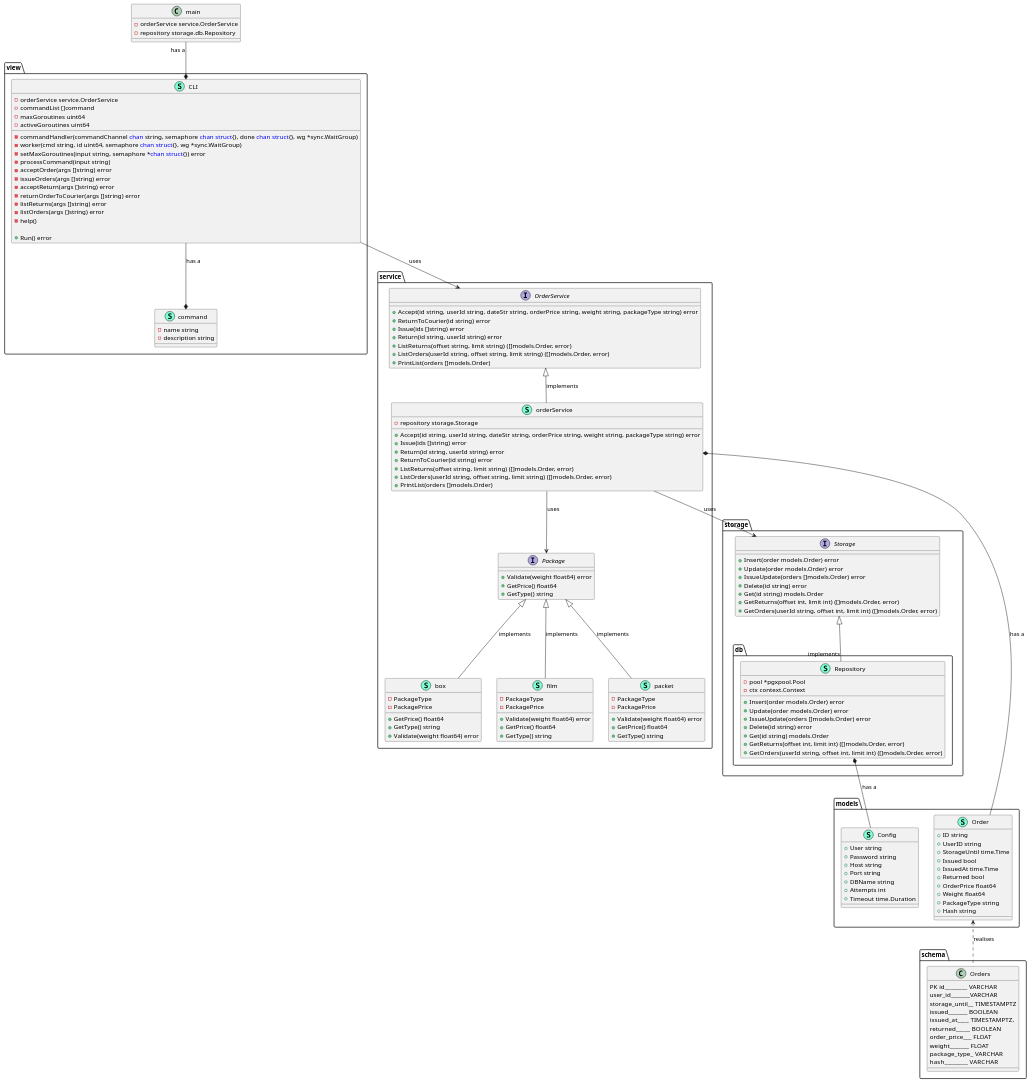
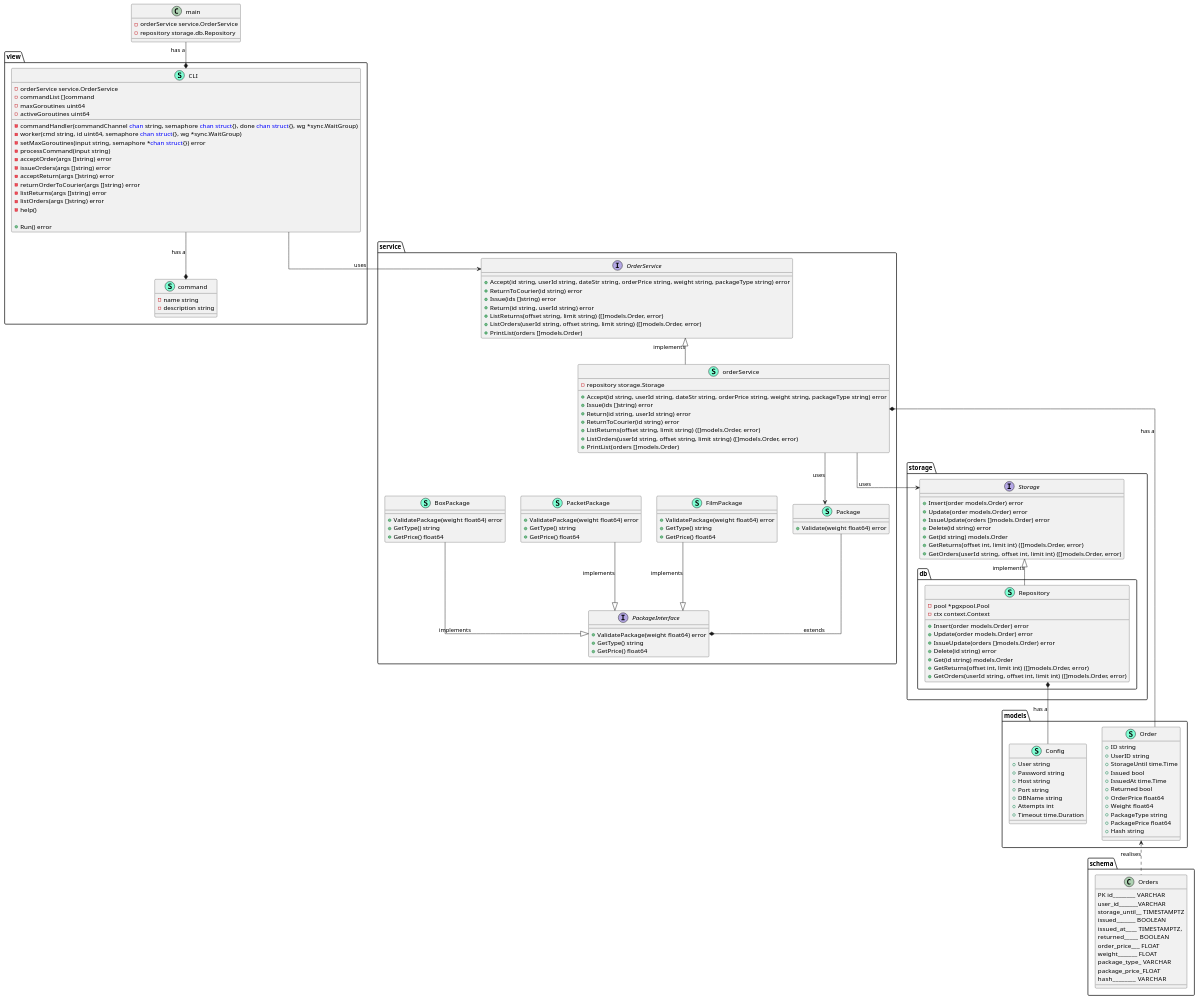
The diagram in diagrams/hw4.puml (Rryowa/hw256), drawn with PlantUML before and after one commit. The commit also changed 3 other files, not shown here.

Commit message:
diagram refactor

```diff
--- a/diagrams/hw4.puml
+++ b/diagrams/hw4.puml
@@ -1,185 +1,172 @@
 @startuml
+skinparam linetype ortho
 class main {
     - orderService service.OrderService
     - repository storage.db.Repository
 }
 namespace view {
     class CLI << (S,Aquamarine) >> {
         - orderService service.OrderService
         - commandList []command
         - maxGoroutines uint64
         - activeGoroutines uint64
 
         - commandHandler(commandChannel <font color=blue>chan</font> string, semaphore <font color=blue>chan</font> <font color=blue>struct</font>{}, done <font color=blue>chan</font> <font color=blue>struct</font>{}, wg *sync.WaitGroup)
         - worker(cmd string, id uint64, semaphore <font color=blue>chan</font> <font color=blue>struct</font>{}, wg *sync.WaitGroup)
         - setMaxGoroutines(input string, semaphore *<font color=blue>chan</font> <font color=blue>struct</font>{}) error
         - processCommand(input string)
         - acceptOrder(args []string) error
         - issueOrders(args []string) error
         - acceptReturn(args []string) error
         - returnOrderToCourier(args []string) error
         - listReturns(args []string) error
         - listOrders(args []string) error
         - help()
 
         + Run() error
 
     }
 
     class command << (S,Aquamarine) >> {
         - name string
         - description string
 
     }
 }
 namespace service {
     interface OrderService  {
         + Accept(id string, userId string, dateStr string, orderPrice string, weight string, packageType string) error
         + ReturnToCourier(id string) error
         + Issue(ids []string) error
         + Return(id string, userId string) error
         + ListReturns(offset string, limit string) ([]models.Order, error)
         + ListOrders(userId string, offset string, limit string) ([]models.Order, error)
         + PrintList(orders []models.Order)
 
     }
-
     class orderService << (S,Aquamarine) >> {
         - repository storage.Storage
 
         + Accept(id string, userId string, dateStr string, orderPrice string, weight string, packageType string) error
         + Issue(ids []string) error
         + Return(id string, userId string) error
         + ReturnToCourier(id string) error
         + ListReturns(offset string, limit string) ([]models.Order, error)
         + ListOrders(userId string, offset string, limit string) ([]models.Order, error)
         + PrintList(orders []models.Order)
-
     }
-
-    interface Package  {
+    class Package << (S,Aquamarine) >> {
         + Validate(weight float64) error
+    }
+    interface PackageInterface  {
+        + ValidatePackage(weight float64) error
+        + GetType() string
         + GetPrice() float64
+    }
+    class FilmPackage << (S,Aquamarine) >> {
+        + ValidatePackage(weight float64) error
         + GetType() string
-
+        + GetPrice() float64
     }
-    class box << (S,Aquamarine) >> {
-        - PackageType
-        - PackagePrice
-
+    class PacketPackage << (S,Aquamarine) >> {
+        + ValidatePackage(weight float64) error
+        + GetType() string
         + GetPrice() float64
+    }
+    class BoxPackage << (S,Aquamarine) >> {
+        + ValidatePackage(weight float64) error
         + GetType() string
-        + Validate(weight float64) error
-
-    }
-    class film << (S,Aquamarine) >> {
-        - PackageType
-        - PackagePrice
-
-        + Validate(weight float64) error
         + GetPrice() float64
-        + GetType() string
-
-    }
-
-    class packet << (S,Aquamarine) >> {
-        - PackageType
-        - PackagePrice
-
-        + Validate(weight float64) error
-        + GetPrice() float64
-        + GetType() string
-
     }
 }
 
 namespace storage {
     interface Storage  {
         + Insert(order models.Order) error
         + Update(order models.Order) error
         + IssueUpdate(orders []models.Order) error
         + Delete(id string) error
         + Get(id string) models.Order
         + GetReturns(offset int, limit int) ([]models.Order, error)
         + GetOrders(userId string, offset int, limit int) ([]models.Order, error)
 
     }
     namespace db {
         class Repository << (S,Aquamarine) >> {
             - pool *pgxpool.Pool
             - ctx context.Context
 
             + Insert(order models.Order) error
             + Update(order models.Order) error
             + IssueUpdate(orders []models.Order) error
             + Delete(id string) error
             + Get(id string) models.Order
             + GetReturns(offset int, limit int) ([]models.Order, error)
             + GetOrders(userId string, offset int, limit int) ([]models.Order, error)
 
         }
     }
 }
 namespace models {
     class Order << (S,Aquamarine) >> {
         + ID string
         + UserID string
         + StorageUntil time.Time
         + Issued bool
         + IssuedAt time.Time
         + Returned bool
         + OrderPrice float64
         + Weight float64
         + PackageType string
+        + PackagePrice float64
         + Hash string
-
     }
     class Config << (S,Aquamarine) >> {
             + User string
             + Password string
             + Host string
             + Port string
             + DBName string
             + Attempts int
             + Timeout time.Duration
 
         }
 }
 
 namespace schema {
     class Orders {
         PK id________  VARCHAR
         user_id_______VARCHAR
         storage_until__ TIMESTAMPTZ
         issued_______ BOOLEAN
         issued_at____  TIMESTAMPTZ,
         returned_____  BOOLEAN
         order_price___ FLOAT
         weight_______ FLOAT
         package_type_  VARCHAR
+        package_price_FLOAT
         hash________   VARCHAR
     }
 }
 
 
 main "has a" --* view.CLI
-'main::orderService "has a" --* service.orderService
-'main::repository "has a" --* storage.db.Repository
-
 view.CLI -->service.OrderService: uses
 view.CLI --* command: has a
 
 service.OrderService <|-- orderService: implements
 orderService --> storage.Storage: uses
 orderService --> Package: uses
 orderService *-- models.Order: has a
 
-service.Package <|-- service.box: implements
-service.Package <|-- service.film: implements
-service.Package <|-- service.packet: implements
+service.Package --* service.PackageInterface: extends
 
-storage.Storage <|-- "implements" storage.db.Repository
+service.BoxPackage --|> service.PackageInterface: implements
+service.FilmPackage --|> service.PackageInterface: implements
+service.PacketPackage --|> service.PackageInterface: implements
+
+storage.Storage <|-- storage.db.Repository: implements
 storage.db.Repository *-- models.Config: has a
 models.Order <-[dashed]- schema.Orders: realises
 
 @enduml
```
